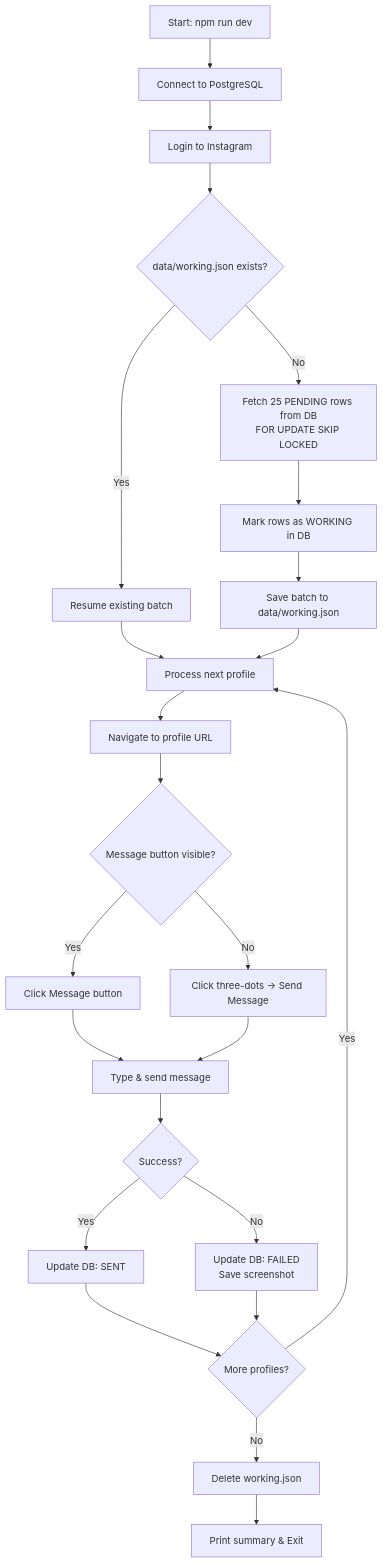
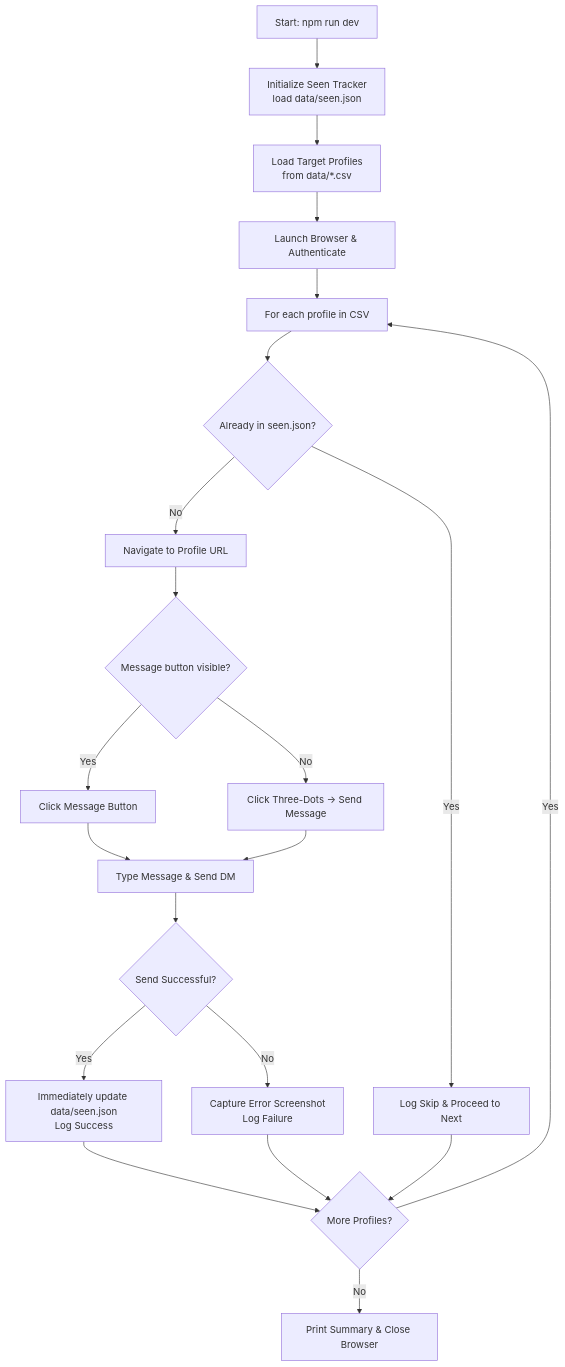
One commit to Daemon-Devarshi/Insta-Outreach-Automation changed the diagram in README.md. Above: the diagram before and after it, drawn with Mermaid. The commit also changed other lines of this file and 9 other files, not shown here.

Commit message:
feat: switch to CSV data input with per-message seen.json tracking

````diff
--- a/README.md
+++ b/README.md
@@ -44,26 +38,23 @@
 ```mermaid
 graph TD
-    A[Start: npm run dev] --> B[Connect to PostgreSQL]
-    B --> C[Login to Instagram]
-    C --> D{data/working.json exists?}
-    D -- Yes --> E[Resume existing batch]
-    D -- No --> F[Fetch 25 PENDING rows from DB\nFOR UPDATE SKIP LOCKED]
-    F --> G[Mark rows as WORKING in DB]
-    G --> H[Save batch to data/working.json]
-    E --> I[Process next profile]
-    H --> I
-    I --> J[Navigate to profile URL]
-    J --> K{Message button visible?}
-    K -- Yes --> L[Click Message button]
-    K -- No --> M[Click three-dots → Send Message]
-    L --> N[Type & send message]
-    M --> N
-    N --> O{Success?}
-    O -- Yes --> P[Update DB: SENT]
-    O -- No --> Q[Update DB: FAILED\nSave screenshot]
-    P --> R{More profiles?}
-    Q --> R
-    R -- Yes --> I
-    R -- No --> S[Delete working.json]
-    S --> T[Print summary & Exit]
+    A[Start: npm run dev] --> B[Initialize Seen Tracker\nload data/seen.json]
+    B --> C[Load Target Profiles\nfrom data/*.csv]
+    C --> D[Launch Browser & Authenticate]
+    D --> E[For each profile in CSV]
+    E --> F{Already in seen.json?}
+    F -- Yes --> G[Log Skip & Proceed to Next]
+    F -- No --> H[Navigate to Profile URL]
+    H --> I{Message button visible?}
+    I -- Yes --> J[Click Message Button]
+    I -- No --> K[Click Three-Dots → Send Message]
+    J --> L[Type Message & Send DM]
+    K --> L
+    L --> M{Send Successful?}
+    M -- Yes --> N[Immediately update data/seen.json\nLog Success]
+    M -- No --> O[Capture Error Screenshot\nLog Failure]
+    N --> P{More Profiles?}
+    O --> P
+    G --> P
+    P -- Yes --> E
+    P -- No --> Q[Print Summary & Close Browser]
 ```
````
